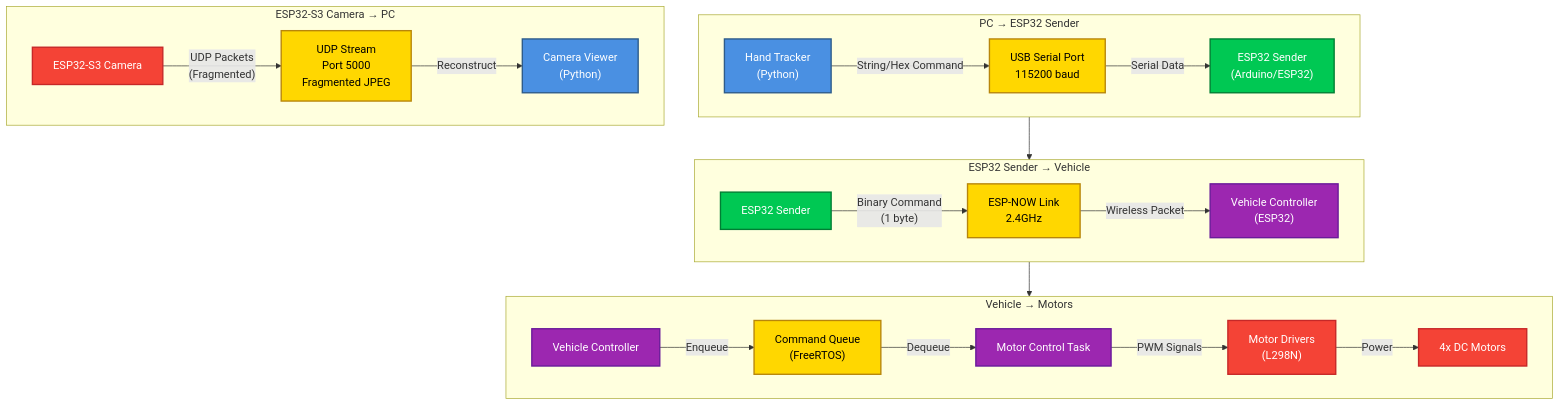
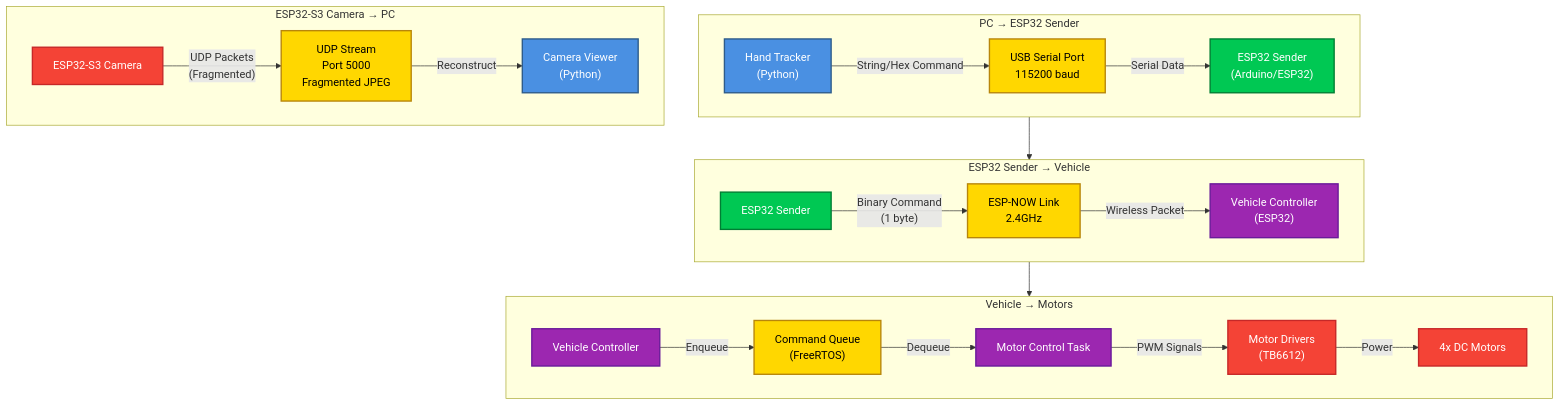
Diagram 13 of 13 in docs/architecture.md (Yaniv23/final-project-gesture-car), drawn with Mermaid before and after one commit. The commit also changed 18 other files, not shown here.

````diff
--- a/docs/architecture.md
+++ b/docs/architecture.md
@@ -662,57 +662,57 @@
 ```mermaid
 graph TB
     subgraph PC2Sender["PC → ESP32 Sender"]
         PCApp["Hand Tracker<br/>(Python)"]
         USBPort["USB Serial Port<br/>115200 baud"]
         SenderApp["ESP32 Sender<br/>(Arduino/ESP32)"]
         
         PCApp -->|"String/Hex Command"| USBPort
         USBPort -->|"Serial Data"| SenderApp
     end
     
     subgraph Sender2Vehicle["ESP32 Sender → Vehicle"]
         SenderESP["ESP32 Sender"]
         ESPNowLink["ESP-NOW Link<br/>2.4GHz"]
         VehicleESP["Vehicle Controller<br/>(ESP32)"]
         
         SenderESP -->|"Binary Command<br/>(1 byte)"| ESPNowLink
         ESPNowLink -->|"Wireless Packet"| VehicleESP
     end
     
     subgraph Vehicle2Motors["Vehicle → Motors"]
         VehicleController["Vehicle Controller"]
         CommandQueue["Command Queue<br/>(FreeRTOS)"]
         MotorTask["Motor Control Task"]
-        MotorDrivers["Motor Drivers<br/>(L298N)"]
+        MotorDrivers["Motor Drivers<br/>(TB6612)"]
         MotorsHW["4x DC Motors"]
         
         VehicleController -->|"Enqueue"| CommandQueue
         CommandQueue -->|"Dequeue"| MotorTask
         MotorTask -->|"PWM Signals"| MotorDrivers
         MotorDrivers -->|"Power"| MotorsHW
     end
     
     subgraph Camera2PC["ESP32-S3 Camera → PC"]
         CameraESP["ESP32-S3 Camera"]
         UDPStream["UDP Stream<br/>Port 5000<br/>Fragmented JPEG"]
         PCViewer["Camera Viewer<br/>(Python)"]
         
         CameraESP -->|"UDP Packets<br/>(Fragmented)"| UDPStream
         UDPStream -->|"Reconstruct"| PCViewer
     end
     
     PC2Sender --> Sender2Vehicle
     Sender2Vehicle --> Vehicle2Motors
     
     classDef pc fill:#4A90E2,stroke:#2E5C8A,stroke-width:2px,color:#fff
     classDef sender fill:#00C853,stroke:#007E33,stroke-width:2px,color:#fff
     classDef vehicle fill:#9C27B0,stroke:#6A1B9A,stroke-width:2px,color:#fff
     classDef hardware fill:#F44336,stroke:#C62828,stroke-width:2px,color:#fff
     classDef comm fill:#FFD700,stroke:#B8860B,stroke-width:2px,color:#000
     
     class PCApp,PCViewer pc
     class SenderApp,SenderESP sender
     class VehicleESP,VehicleController,MotorTask vehicle
     class MotorDrivers,MotorsHW,CameraESP hardware
     class USBPort,ESPNowLink,CommandQueue,UDPStream comm
 ```
````
